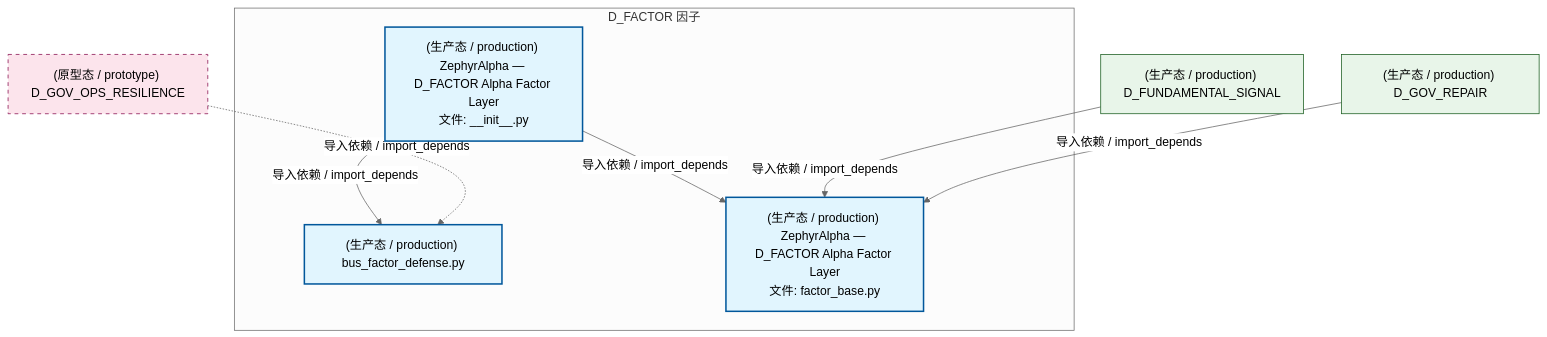
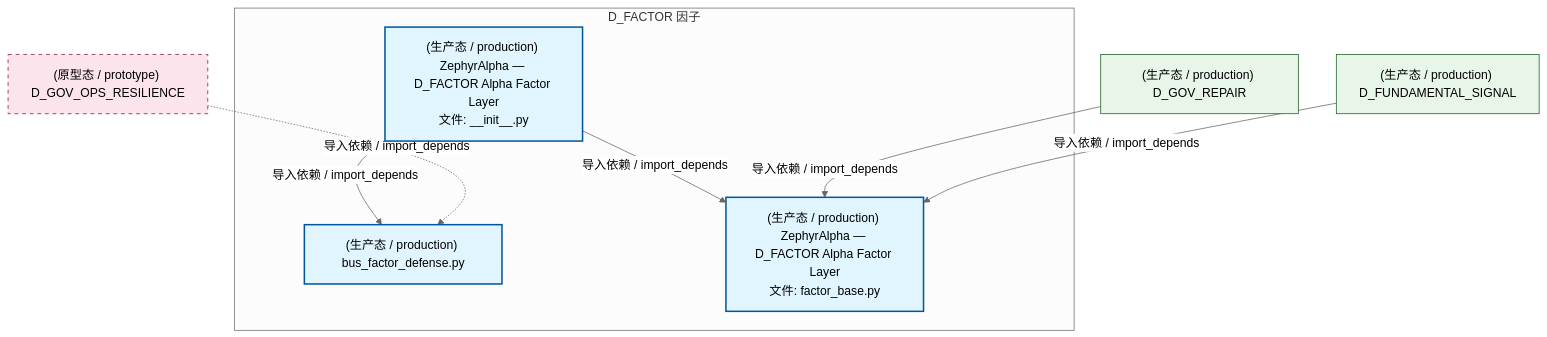
The second of 4 diagrams in docs/02_enterprise_architecture/02_domain_architecture_docs/36_d_factor.md (xuanFelixVan/ZephyrAlpha), drawn with Mermaid (neutral theme) before and after one commit. The commit also changed other lines of this file and 126 other files, not shown here.

````diff
--- a/docs/02_enterprise_architecture/02_domain_architecture_docs/36_d_factor.md
+++ b/docs/02_enterprise_architecture/02_domain_architecture_docs/36_d_factor.md
@@ -125,23 +118,23 @@
 ```mermaid
 graph TD
     subgraph D_FACTOR["D_FACTOR 因子"]
         src_zephyr_factor_init_py["(生产态 / production) ZephyrAlpha — D_FACTOR Alpha Factor Layer<br/>文件: __init__.py"]
         src_zephyr_factor_bus_factor_defense_py["(生产态 / production) bus_factor_defense.py"]
         src_zephyr_factor_factor_base_py["(生产态 / production) ZephyrAlpha — D_FACTOR Alpha Factor Layer<br/>文件: factor_base.py"]
     end
     src_zephyr_factor_init_py -->|导入依赖 / import_depends| src_zephyr_factor_bus_factor_defense_py
     src_zephyr_factor_init_py -->|导入依赖 / import_depends| src_zephyr_factor_factor_base_py
+    D_GOV_OPS_RESILIENCE["(原型态 / prototype) D_GOV_OPS_RESILIENCE"]
+    D_GOV_OPS_RESILIENCE -.->|导入依赖 / import_depends| src_zephyr_factor_bus_factor_defense_py
+    D_GOV_REPAIR["(生产态 / production) D_GOV_REPAIR"]
+    D_GOV_REPAIR -->|导入依赖 / import_depends| src_zephyr_factor_factor_base_py
     D_FUNDAMENTAL_SIGNAL["(生产态 / production) D_FUNDAMENTAL_SIGNAL"]
     D_FUNDAMENTAL_SIGNAL -->|导入依赖 / import_depends| src_zephyr_factor_factor_base_py
-    D_GOV_REPAIR["(生产态 / production) D_GOV_REPAIR"]
-    D_GOV_REPAIR -->|导入依赖 / import_depends| src_zephyr_factor_factor_base_py
-    D_GOV_OPS_RESILIENCE["(原型态 / prototype) D_GOV_OPS_RESILIENCE"]
-    D_GOV_OPS_RESILIENCE -.->|导入依赖 / import_depends| src_zephyr_factor_bus_factor_defense_py
     classDef production fill:#e1f5fe,stroke:#01579b,stroke-width:2px,color:#000
     classDef design fill:#fff3e0,stroke:#e65100,stroke-width:2px,color:#000,stroke-dasharray: 5 5
     classDef external_prod fill:#e8f5e9,stroke:#1b5e20,stroke-width:1px,color:#000
     classDef external_design fill:#fce4ec,stroke:#880e4f,stroke-width:1px,color:#000,stroke-dasharray: 5 5
     class src_zephyr_factor_init_py,src_zephyr_factor_bus_factor_defense_py,src_zephyr_factor_factor_base_py production
-    class D_FUNDAMENTAL_SIGNAL,D_GOV_REPAIR external_prod
+    class D_GOV_REPAIR,D_FUNDAMENTAL_SIGNAL external_prod
     class D_GOV_OPS_RESILIENCE external_design
 ```
````
